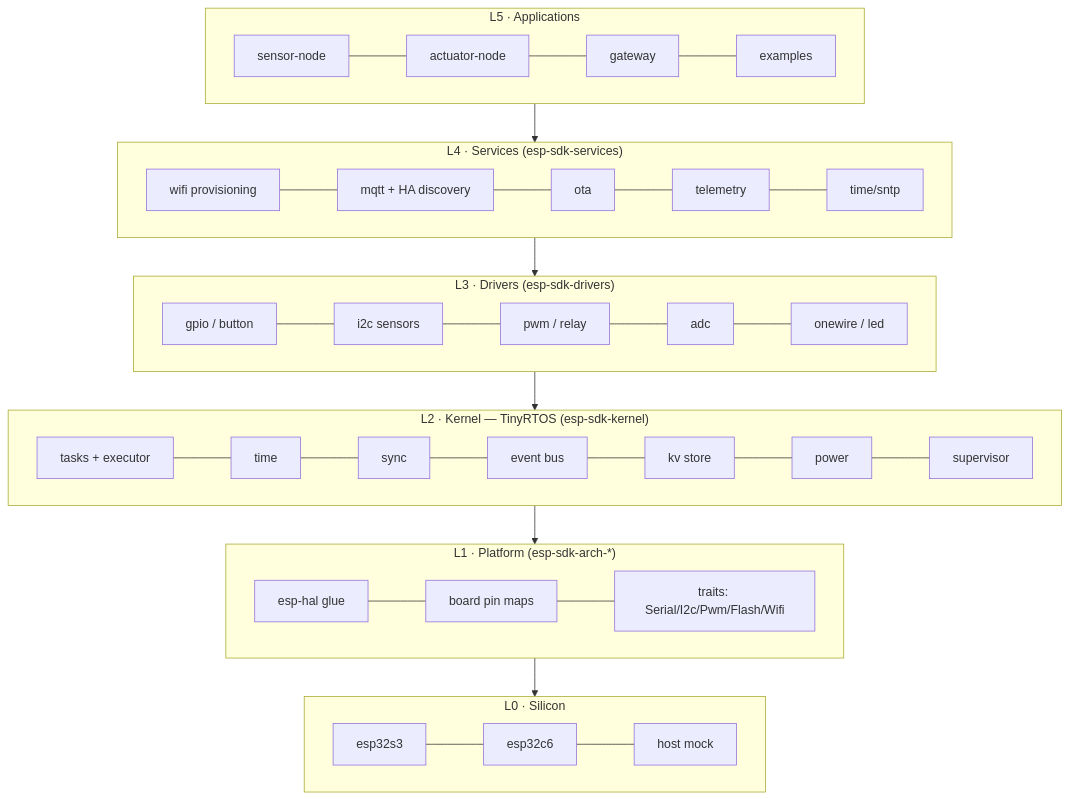
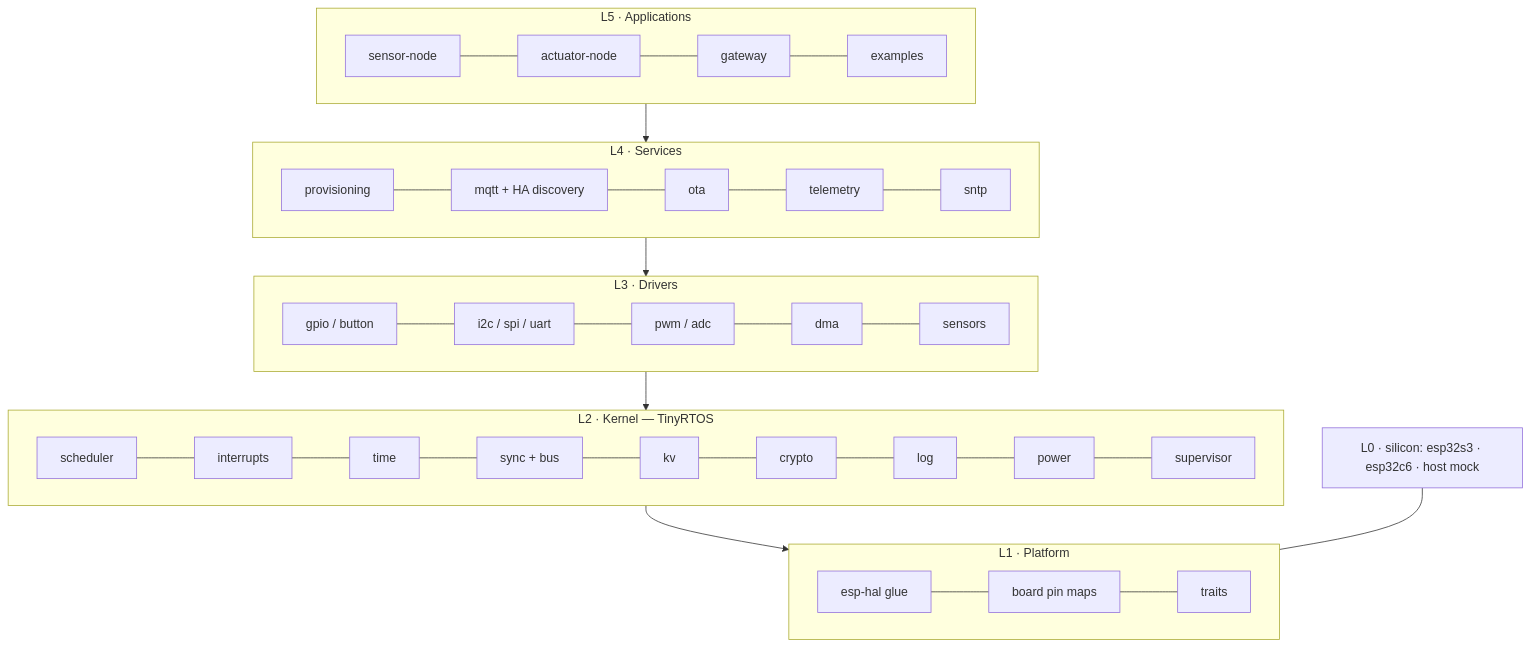
One commit to sprchuoi/esp_sdk_rustc changed the diagram in docs/PLAN.md. Above: the diagram before and after it, drawn with Mermaid. The commit also changed other lines of this file and 2 other files, not shown here.

First line of the commit message:
docs: expand SDK scope — scheduler, interrupts, logging, crypto, DMA, sleep

````diff
--- a/docs/PLAN.md
+++ b/docs/PLAN.md
@@ -68,22 +75,20 @@
 ```mermaid
 flowchart TB
   subgraph L5["L5 · Applications"]
     A1[sensor-node] --- A2[actuator-node] --- A3[gateway] --- A4[examples]
   end
-  subgraph L4["L4 · Services (esp-sdk-services)"]
-    S1[wifi provisioning] --- S2[mqtt + HA discovery] --- S3[ota] --- S4[telemetry] --- S5[time/sntp]
+  subgraph L4["L4 · Services"]
+    S1[provisioning] --- S2[mqtt + HA discovery] --- S3[ota] --- S4[telemetry] --- S5[sntp]
   end
-  subgraph L3["L3 · Drivers (esp-sdk-drivers)"]
-    D1[gpio / button] --- D2[i2c sensors] --- D3[pwm / relay] --- D4[adc] --- D5[onewire / led]
+  subgraph L3["L3 · Drivers"]
+    D1[gpio / button] --- D2[i2c / spi / uart] --- D3[pwm / adc] --- D4[dma] --- D5[sensors]
   end
-  subgraph L2["L2 · Kernel — TinyRTOS (esp-sdk-kernel)"]
-    K1[tasks + executor] --- K2[time] --- K3[sync] --- K4[event bus] --- K5[kv store] --- K6[power] --- K7[supervisor]
+  subgraph L2["L2 · Kernel — TinyRTOS"]
+    K1[scheduler] --- K2[interrupts] --- K3[time] --- K4[sync + bus] --- K5[kv] --- K6[crypto] --- K7[log] --- K8[power] --- K9[supervisor]
   end
-  subgraph L1["L1 · Platform (esp-sdk-arch-*)"]
-    P1[esp-hal glue] --- P2[board pin maps] --- P3[traits: Serial/I2c/Pwm/Flash/Wifi]
+  subgraph L1["L1 · Platform"]
+    P1[esp-hal glue] --- P2[board pin maps] --- P3[traits]
   end
-  subgraph L0["L0 · Silicon"]
-    H1[esp32s3] --- H2[esp32c6] --- H3[host mock]
-  end
-  L5 --> L4 --> L3 --> L2 --> L1 --> L0
+  L5 --> L4 --> L3 --> L2 --> L1
+  L0[L0 · silicon: esp32s3 · esp32c6 · host mock] --- L1
 ```
````
